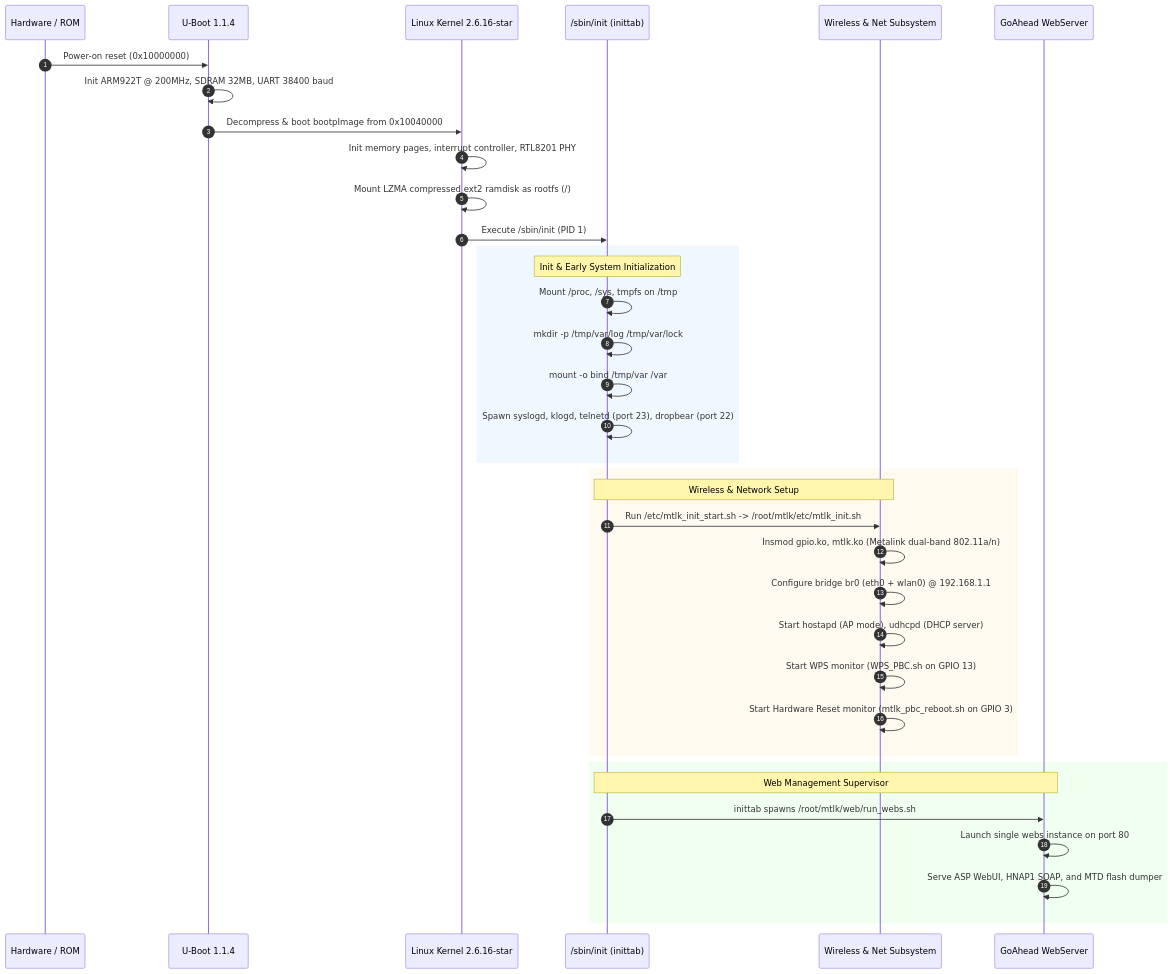
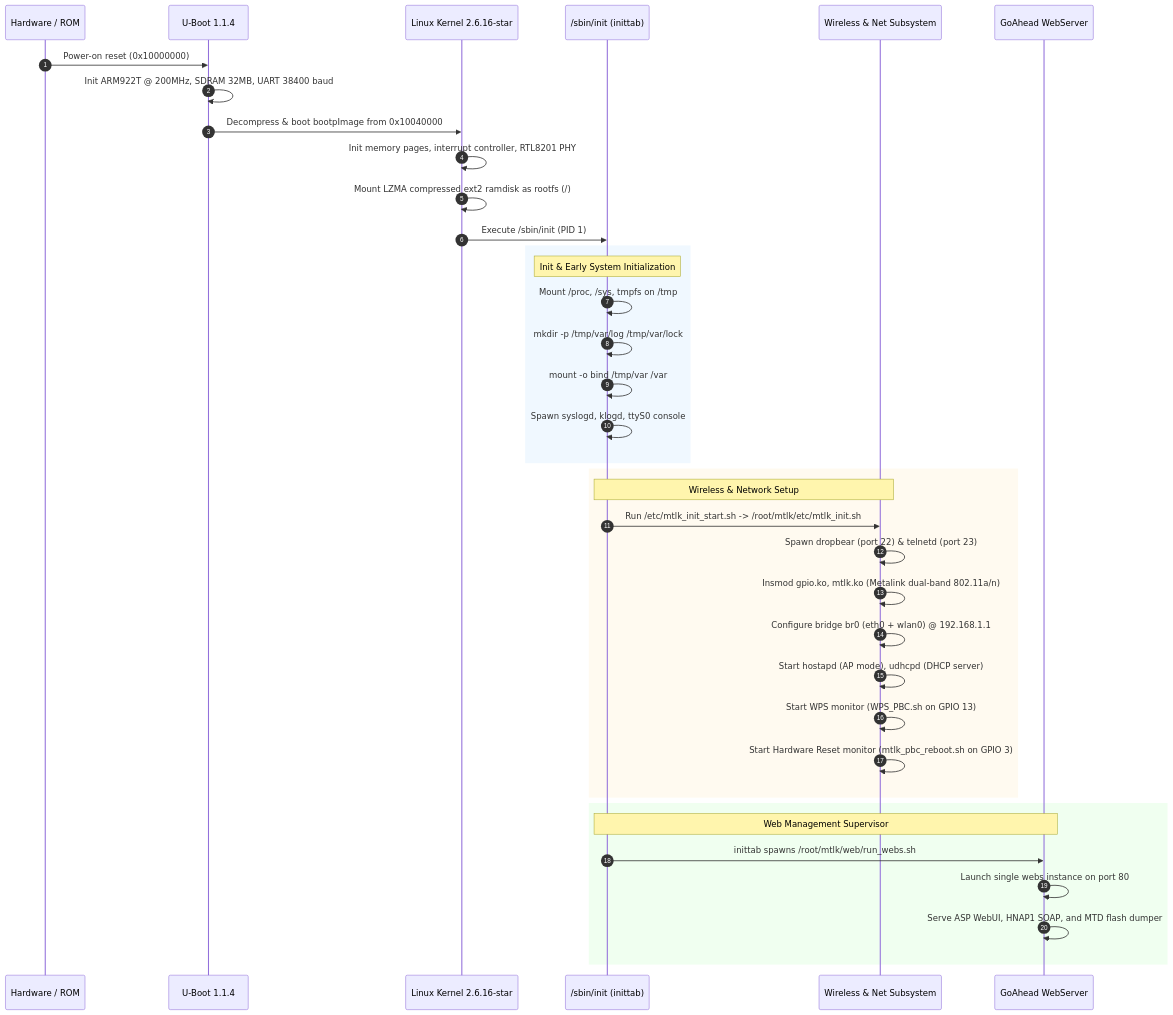
Before and after one commit to satrianaliqa/wap610n: the first of 4 diagrams in AGENTS.md, drawn with Mermaid. The commit also changed other lines of this file and 152 other files, not shown here.

````diff
--- a/AGENTS.md
+++ b/AGENTS.md
@@ -187,42 +187,43 @@
 ```mermaid
 sequenceDiagram
     autonumber
     participant HW as Hardware / ROM
     participant UB as U-Boot 1.1.4
     participant K as Linux Kernel 2.6.16-star
     participant I as /sbin/init (inittab)
     participant WLS as Wireless & Net Subsystem
     participant GO as GoAhead WebServer
 
     HW->>UB: Power-on reset (0x10000000)
     UB->>UB: Init ARM922T @ 200MHz, SDRAM 32MB, UART 38400 baud
     UB->>K: Decompress & boot bootpImage from 0x10040000
     K->>K: Init memory pages, interrupt controller, RTL8201 PHY
     K->>K: Mount LZMA compressed ext2 ramdisk as rootfs (/)
     K->>I: Execute /sbin/init (PID 1)
 
     rect rgb(240, 248, 255)
     Note over I: Init & Early System Initialization
     I->>I: Mount /proc, /sys, tmpfs on /tmp
     I->>I: mkdir -p /tmp/var/log /tmp/var/lock
     I->>I: mount -o bind /tmp/var /var
-    I->>I: Spawn syslogd, klogd, telnetd (port 23), dropbear (port 22)
+    I->>I: Spawn syslogd, klogd, ttyS0 console
     end
 
     rect rgb(255, 250, 240)
     Note over I,WLS: Wireless & Network Setup
     I->>WLS: Run /etc/mtlk_init_start.sh -> /root/mtlk/etc/mtlk_init.sh
+    WLS->>WLS: Spawn dropbear (port 22) & telnetd (port 23)
     WLS->>WLS: Insmod gpio.ko, mtlk.ko (Metalink dual-band 802.11a/n)
     WLS->>WLS: Configure bridge br0 (eth0 + wlan0) @ 192.168.1.1
     WLS->>WLS: Start hostapd (AP mode), udhcpd (DHCP server)
     WLS->>WLS: Start WPS monitor (WPS_PBC.sh on GPIO 13)
     WLS->>WLS: Start Hardware Reset monitor (mtlk_pbc_reboot.sh on GPIO 3)
     end
 
     rect rgb(240, 255, 240)
     Note over I,GO: Web Management Supervisor
     I->>GO: inittab spawns /root/mtlk/web/run_webs.sh
     GO->>GO: Launch single webs instance on port 80
     GO->>GO: Serve ASP WebUI, HNAP1 SOAP, and MTD flash dumper
     end
 ```
````
